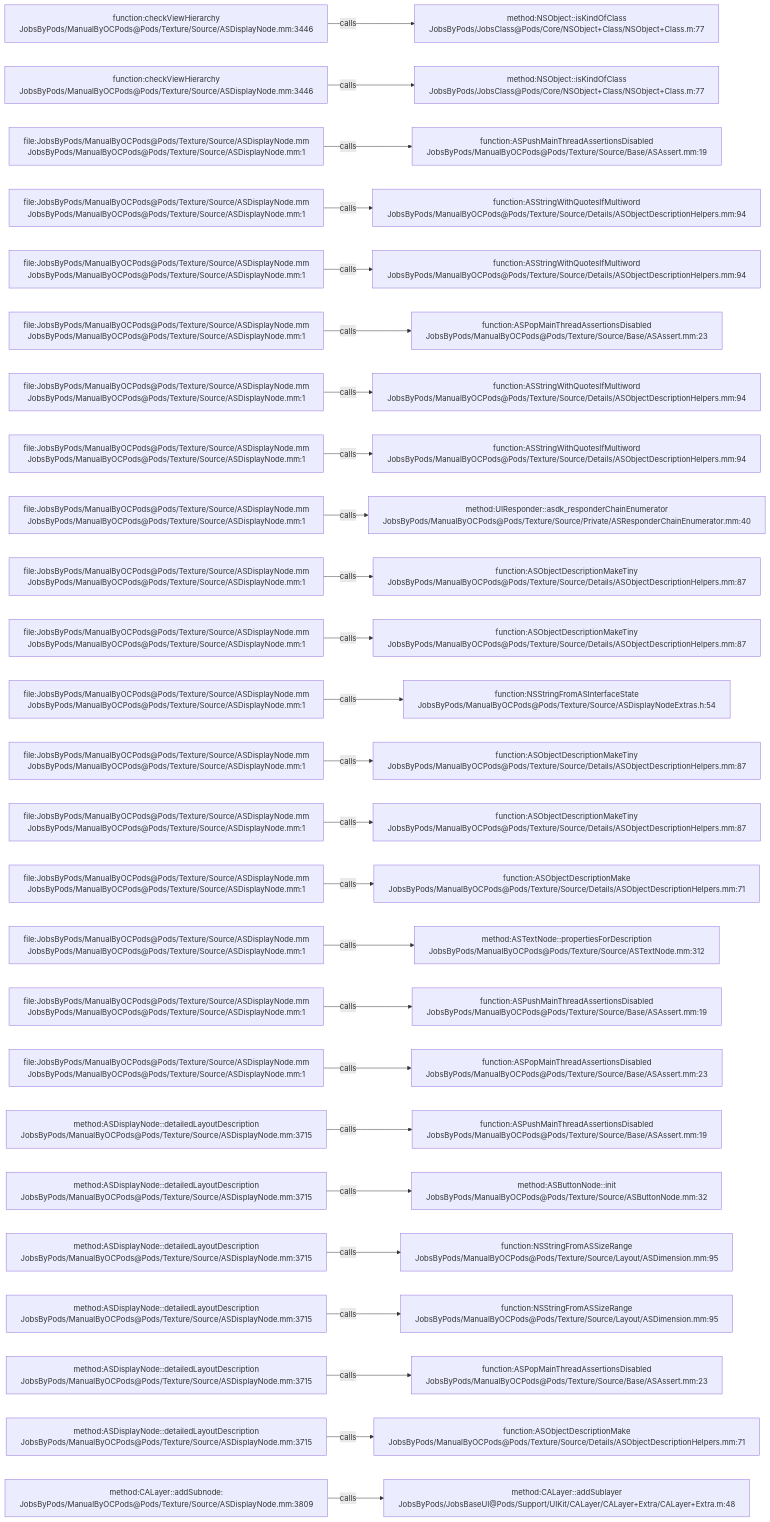
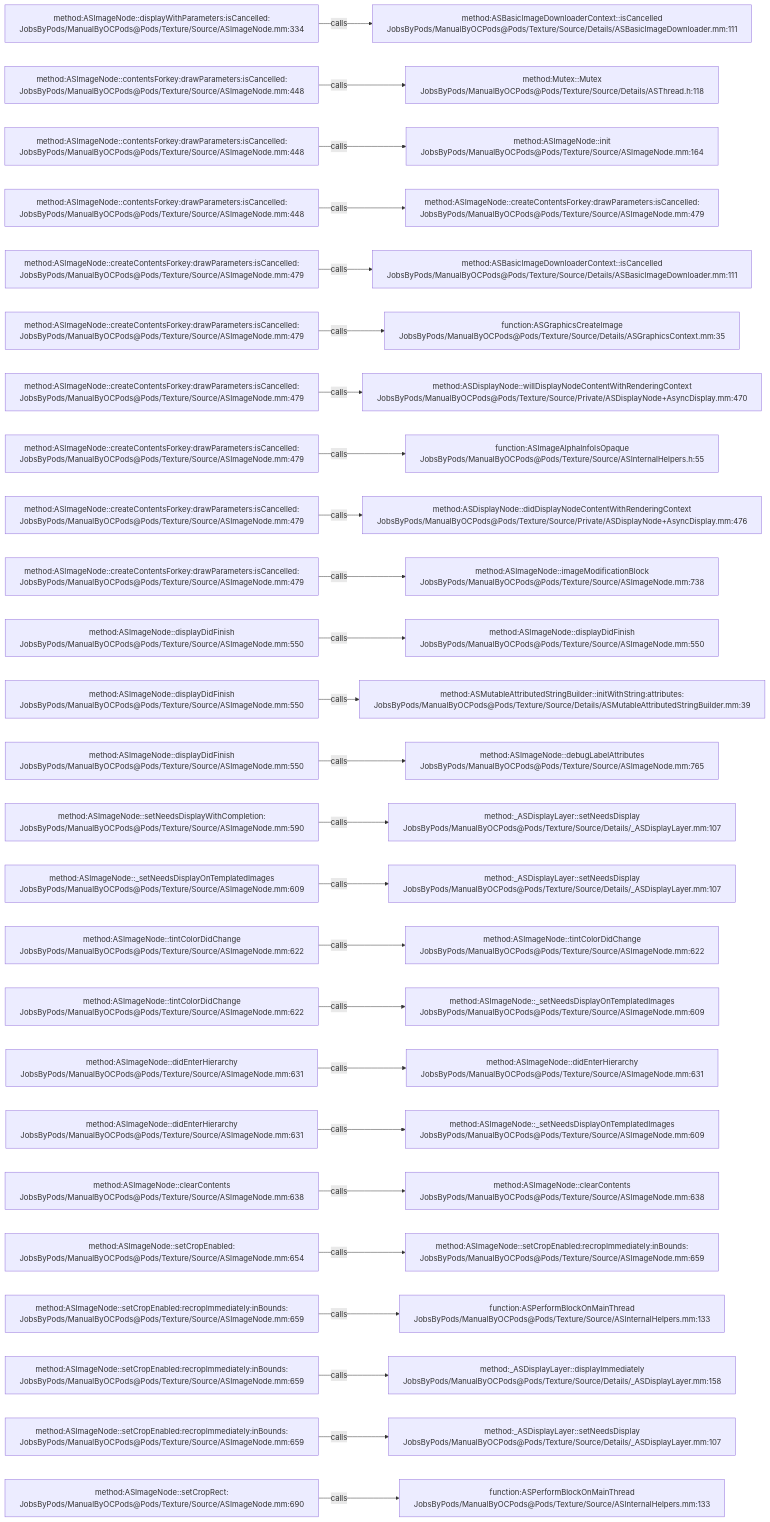
Before and after one commit to JobsKits/JobsOCBaseConfigDemo: the diagram in .codegraph/codegraph.md/graphs/calls-102.md, drawn with Mermaid. The commit also changed 1448 other files, not shown here.

````diff
--- a/.codegraph/codegraph.md/graphs/calls-102.md
+++ b/.codegraph/codegraph.md/graphs/calls-102.md
@@ -13,78 +13,78 @@
 ```mermaid
 flowchart LR
-  S1["function:checkViewHierarchy<br/>JobsByPods/ManualByOCPods@Pods/Texture/Source/ASDisplayNode.mm:3446"]
-  T1["method:NSObject::isKindOfClass<br/>JobsByPods/JobsClass@Pods/Core/NSObject+Class/NSObject+Class.m:77"]
+  S1["method:ASImageNode::displayWithParameters:isCancelled:<br/>JobsByPods/ManualByOCPods@Pods/Texture/Source/ASImageNode.mm:334"]
+  T1["method:ASBasicImageDownloaderContext::isCancelled<br/>JobsByPods/ManualByOCPods@Pods/Texture/Source/Details/ASBasicImageDownloader.mm:111"]
   S1 -->|calls| T1
-  S2["function:checkViewHierarchy<br/>JobsByPods/ManualByOCPods@Pods/Texture/Source/ASDisplayNode.mm:3446"]
-  T2["method:NSObject::isKindOfClass<br/>JobsByPods/JobsClass@Pods/Core/NSObject+Class/NSObject+Class.m:77"]
+  S2["method:ASImageNode::contentsForkey:drawParameters:isCancelled:<br/>JobsByPods/ManualByOCPods@Pods/Texture/Source/ASImageNode.mm:448"]
+  T2["method:Mutex::Mutex<br/>JobsByPods/ManualByOCPods@Pods/Texture/Source/Details/ASThread.h:118"]
   S2 -->|calls| T2
-  S3["file:JobsByPods/ManualByOCPods@Pods/Texture/Source/ASDisplayNode.mm<br/>JobsByPods/ManualByOCPods@Pods/Texture/Source/ASDisplayNode.mm:1"]
-  T3["function:ASPushMainThreadAssertionsDisabled<br/>JobsByPods/ManualByOCPods@Pods/Texture/Source/Base/ASAssert.mm:19"]
+  S3["method:ASImageNode::contentsForkey:drawParameters:isCancelled:<br/>JobsByPods/ManualByOCPods@Pods/Texture/Source/ASImageNode.mm:448"]
+  T3["method:ASImageNode::init<br/>JobsByPods/ManualByOCPods@Pods/Texture/Source/ASImageNode.mm:164"]
   S3 -->|calls| T3
-  S4["file:JobsByPods/ManualByOCPods@Pods/Texture/Source/ASDisplayNode.mm<br/>JobsByPods/ManualByOCPods@Pods/Texture/Source/ASDisplayNode.mm:1"]
-  T4["function:ASStringWithQuotesIfMultiword<br/>JobsByPods/ManualByOCPods@Pods/Texture/Source/Details/ASObjectDescriptionHelpers.mm:94"]
+  S4["method:ASImageNode::contentsForkey:drawParameters:isCancelled:<br/>JobsByPods/ManualByOCPods@Pods/Texture/Source/ASImageNode.mm:448"]
+  T4["method:ASImageNode::createContentsForkey:drawParameters:isCancelled:<br/>JobsByPods/ManualByOCPods@Pods/Texture/Source/ASImageNode.mm:479"]
   S4 -->|calls| T4
-  S5["file:JobsByPods/ManualByOCPods@Pods/Texture/Source/ASDisplayNode.mm<br/>JobsByPods/ManualByOCPods@Pods/Texture/Source/ASDisplayNode.mm:1"]
-  T5["function:ASStringWithQuotesIfMultiword<br/>JobsByPods/ManualByOCPods@Pods/Texture/Source/Details/ASObjectDescriptionHelpers.mm:94"]
+  S5["method:ASImageNode::createContentsForkey:drawParameters:isCancelled:<br/>JobsByPods/ManualByOCPods@Pods/Texture/Source/ASImageNode.mm:479"]
+  T5["method:ASBasicImageDownloaderContext::isCancelled<br/>JobsByPods/ManualByOCPods@Pods/Texture/Source/Details/ASBasicImageDownloader.mm:111"]
   S5 -->|calls| T5
-  S6["file:JobsByPods/ManualByOCPods@Pods/Texture/Source/ASDisplayNode.mm<br/>JobsByPods/ManualByOCPods@Pods/Texture/Source/ASDisplayNode.mm:1"]
-  T6["function:ASPopMainThreadAssertionsDisabled<br/>JobsByPods/ManualByOCPods@Pods/Texture/Source/Base/ASAssert.mm:23"]
+  S6["method:ASImageNode::createContentsForkey:drawParameters:isCancelled:<br/>JobsByPods/ManualByOCPods@Pods/Texture/Source/ASImageNode.mm:479"]
+  T6["function:ASGraphicsCreateImage<br/>JobsByPods/ManualByOCPods@Pods/Texture/Source/Details/ASGraphicsContext.mm:35"]
   S6 -->|calls| T6
-  S7["file:JobsByPods/ManualByOCPods@Pods/Texture/Source/ASDisplayNode.mm<br/>JobsByPods/ManualByOCPods@Pods/Texture/Source/ASDisplayNode.mm:1"]
-  T7["function:ASStringWithQuotesIfMultiword<br/>JobsByPods/ManualByOCPods@Pods/Texture/Source/Details/ASObjectDescriptionHelpers.mm:94"]
+  S7["method:ASImageNode::createContentsForkey:drawParameters:isCancelled:<br/>JobsByPods/ManualByOCPods@Pods/Texture/Source/ASImageNode.mm:479"]
+  T7["method:ASDisplayNode::willDisplayNodeContentWithRenderingContext<br/>JobsByPods/ManualByOCPods@Pods/Texture/Source/Private/ASDisplayNode+AsyncDisplay.mm:470"]
   S7 -->|calls| T7
-  S8["file:JobsByPods/ManualByOCPods@Pods/Texture/Source/ASDisplayNode.mm<br/>JobsByPods/ManualByOCPods@Pods/Texture/Source/ASDisplayNode.mm:1"]
-  T8["function:ASStringWithQuotesIfMultiword<br/>JobsByPods/ManualByOCPods@Pods/Texture/Source/Details/ASObjectDescriptionHelpers.mm:94"]
+  S8["method:ASImageNode::createContentsForkey:drawParameters:isCancelled:<br/>JobsByPods/ManualByOCPods@Pods/Texture/Source/ASImageNode.mm:479"]
+  T8["function:ASImageAlphaInfoIsOpaque<br/>JobsByPods/ManualByOCPods@Pods/Texture/Source/ASInternalHelpers.h:55"]
   S8 -->|calls| T8
-  S9["file:JobsByPods/ManualByOCPods@Pods/Texture/Source/ASDisplayNode.mm<br/>JobsByPods/ManualByOCPods@Pods/Texture/Source/ASDisplayNode.mm:1"]
-  T9["method:UIResponder::asdk_responderChainEnumerator<br/>JobsByPods/ManualByOCPods@Pods/Texture/Source/Private/ASResponderChainEnumerator.mm:40"]
+  S9["method:ASImageNode::createContentsForkey:drawParameters:isCancelled:<br/>JobsByPods/ManualByOCPods@Pods/Texture/Source/ASImageNode.mm:479"]
+  T9["method:ASDisplayNode::didDisplayNodeContentWithRenderingContext<br/>JobsByPods/ManualByOCPods@Pods/Texture/Source/Private/ASDisplayNode+AsyncDisplay.mm:476"]
   S9 -->|calls| T9
-  S10["file:JobsByPods/ManualByOCPods@Pods/Texture/Source/ASDisplayNode.mm<br/>JobsByPods/ManualByOCPods@Pods/Texture/Source/ASDisplayNode.mm:1"]
-  T10["function:ASObjectDescriptionMakeTiny<br/>JobsByPods/ManualByOCPods@Pods/Texture/Source/Details/ASObjectDescriptionHelpers.mm:87"]
+  S10["method:ASImageNode::createContentsForkey:drawParameters:isCancelled:<br/>JobsByPods/ManualByOCPods@Pods/Texture/Source/ASImageNode.mm:479"]
+  T10["method:ASImageNode::imageModificationBlock<br/>JobsByPods/ManualByOCPods@Pods/Texture/Source/ASImageNode.mm:738"]
   S10 -->|calls| T10
-  S11["file:JobsByPods/ManualByOCPods@Pods/Texture/Source/ASDisplayNode.mm<br/>JobsByPods/ManualByOCPods@Pods/Texture/Source/ASDisplayNode.mm:1"]
-  T11["function:ASObjectDescriptionMakeTiny<br/>JobsByPods/ManualByOCPods@Pods/Texture/Source/Details/ASObjectDescriptionHelpers.mm:87"]
+  S11["method:ASImageNode::displayDidFinish<br/>JobsByPods/ManualByOCPods@Pods/Texture/Source/ASImageNode.mm:550"]
+  T11["method:ASImageNode::displayDidFinish<br/>JobsByPods/ManualByOCPods@Pods/Texture/Source/ASImageNode.mm:550"]
   S11 -->|calls| T11
-  S12["file:JobsByPods/ManualByOCPods@Pods/Texture/Source/ASDisplayNode.mm<br/>JobsByPods/ManualByOCPods@Pods/Texture/Source/ASDisplayNode.mm:1"]
-  T12["function:NSStringFromASInterfaceState<br/>JobsByPods/ManualByOCPods@Pods/Texture/Source/ASDisplayNodeExtras.h:54"]
+  S12["method:ASImageNode::displayDidFinish<br/>JobsByPods/ManualByOCPods@Pods/Texture/Source/ASImageNode.mm:550"]
+  T12["method:ASMutableAttributedStringBuilder::initWithString:attributes:<br/>JobsByPods/ManualByOCPods@Pods/Texture/Source/Details/ASMutableAttributedStringBuilder.mm:39"]
   S12 -->|calls| T12
-  S13["file:JobsByPods/ManualByOCPods@Pods/Texture/Source/ASDisplayNode.mm<br/>JobsByPods/ManualByOCPods@Pods/Texture/Source/ASDisplayNode.mm:1"]
-  T13["function:ASObjectDescriptionMakeTiny<br/>JobsByPods/ManualByOCPods@Pods/Texture/Source/Details/ASObjectDescriptionHelpers.mm:87"]
+  S13["method:ASImageNode::displayDidFinish<br/>JobsByPods/ManualByOCPods@Pods/Texture/Source/ASImageNode.mm:550"]
+  T13["method:ASImageNode::debugLabelAttributes<br/>JobsByPods/ManualByOCPods@Pods/Texture/Source/ASImageNode.mm:765"]
   S13 -->|calls| T13
-  S14["file:JobsByPods/ManualByOCPods@Pods/Texture/Source/ASDisplayNode.mm<br/>JobsByPods/ManualByOCPods@Pods/Texture/Source/ASDisplayNode.mm:1"]
-  T14["function:ASObjectDescriptionMakeTiny<br/>JobsByPods/ManualByOCPods@Pods/Texture/Source/Details/ASObjectDescriptionHelpers.mm:87"]
+  S14["method:ASImageNode::setNeedsDisplayWithCompletion:<br/>JobsByPods/ManualByOCPods@Pods/Texture/Source/ASImageNode.mm:590"]
+  T14["method:_ASDisplayLayer::setNeedsDisplay<br/>JobsByPods/ManualByOCPods@Pods/Texture/Source/Details/_ASDisplayLayer.mm:107"]
   S14 -->|calls| T14
-  S15["file:JobsByPods/ManualByOCPods@Pods/Texture/Source/ASDisplayNode.mm<br/>JobsByPods/ManualByOCPods@Pods/Texture/Source/ASDisplayNode.mm:1"]
-  T15["function:ASObjectDescriptionMake<br/>JobsByPods/ManualByOCPods@Pods/Texture/Source/Details/ASObjectDescriptionHelpers.mm:71"]
+  S15["method:ASImageNode::_setNeedsDisplayOnTemplatedImages<br/>JobsByPods/ManualByOCPods@Pods/Texture/Source/ASImageNode.mm:609"]
+  T15["method:_ASDisplayLayer::setNeedsDisplay<br/>JobsByPods/ManualByOCPods@Pods/Texture/Source/Details/_ASDisplayLayer.mm:107"]
   S15 -->|calls| T15
-  S16["file:JobsByPods/ManualByOCPods@Pods/Texture/Source/ASDisplayNode.mm<br/>JobsByPods/ManualByOCPods@Pods/Texture/Source/ASDisplayNode.mm:1"]
-  T16["method:ASTextNode::propertiesForDescription<br/>JobsByPods/ManualByOCPods@Pods/Texture/Source/ASTextNode.mm:312"]
+  S16["method:ASImageNode::tintColorDidChange<br/>JobsByPods/ManualByOCPods@Pods/Texture/Source/ASImageNode.mm:622"]
+  T16["method:ASImageNode::tintColorDidChange<br/>JobsByPods/ManualByOCPods@Pods/Texture/Source/ASImageNode.mm:622"]
   S16 -->|calls| T16
-  S17["file:JobsByPods/ManualByOCPods@Pods/Texture/Source/ASDisplayNode.mm<br/>JobsByPods/ManualByOCPods@Pods/Texture/Source/ASDisplayNode.mm:1"]
-  T17["function:ASPushMainThreadAssertionsDisabled<br/>JobsByPods/ManualByOCPods@Pods/Texture/Source/Base/ASAssert.mm:19"]
+  S17["method:ASImageNode::tintColorDidChange<br/>JobsByPods/ManualByOCPods@Pods/Texture/Source/ASImageNode.mm:622"]
+  T17["method:ASImageNode::_setNeedsDisplayOnTemplatedImages<br/>JobsByPods/ManualByOCPods@Pods/Texture/Source/ASImageNode.mm:609"]
   S17 -->|calls| T17
-  S18["file:JobsByPods/ManualByOCPods@Pods/Texture/Source/ASDisplayNode.mm<br/>JobsByPods/ManualByOCPods@Pods/Texture/Source/ASDisplayNode.mm:1"]
-  T18["function:ASPopMainThreadAssertionsDisabled<br/>JobsByPods/ManualByOCPods@Pods/Texture/Source/Base/ASAssert.mm:23"]
+  S18["method:ASImageNode::didEnterHierarchy<br/>JobsByPods/ManualByOCPods@Pods/Texture/Source/ASImageNode.mm:631"]
+  T18["method:ASImageNode::didEnterHierarchy<br/>JobsByPods/ManualByOCPods@Pods/Texture/Source/ASImageNode.mm:631"]
   S18 -->|calls| T18
-  S19["method:ASDisplayNode::detailedLayoutDescription<br/>JobsByPods/ManualByOCPods@Pods/Texture/Source/ASDisplayNode.mm:3715"]
-  T19["function:ASPushMainThreadAssertionsDisabled<br/>JobsByPods/ManualByOCPods@Pods/Texture/Source/Base/ASAssert.mm:19"]
+  S19["method:ASImageNode::didEnterHierarchy<br/>JobsByPods/ManualByOCPods@Pods/Texture/Source/ASImageNode.mm:631"]
+  T19["method:ASImageNode::_setNeedsDisplayOnTemplatedImages<br/>JobsByPods/ManualByOCPods@Pods/Texture/Source/ASImageNode.mm:609"]
   S19 -->|calls| T19
-  S20["method:ASDisplayNode::detailedLayoutDescription<br/>JobsByPods/ManualByOCPods@Pods/Texture/Source/ASDisplayNode.mm:3715"]
-  T20["method:ASButtonNode::init<br/>JobsByPods/ManualByOCPods@Pods/Texture/Source/ASButtonNode.mm:32"]
+  S20["method:ASImageNode::clearContents<br/>JobsByPods/ManualByOCPods@Pods/Texture/Source/ASImageNode.mm:638"]
+  T20["method:ASImageNode::clearContents<br/>JobsByPods/ManualByOCPods@Pods/Texture/Source/ASImageNode.mm:638"]
   S20 -->|calls| T20
-  S21["method:ASDisplayNode::detailedLayoutDescription<br/>JobsByPods/ManualByOCPods@Pods/Texture/Source/ASDisplayNode.mm:3715"]
-  T21["function:NSStringFromASSizeRange<br/>JobsByPods/ManualByOCPods@Pods/Texture/Source/Layout/ASDimension.mm:95"]
+  S21["method:ASImageNode::setCropEnabled:<br/>JobsByPods/ManualByOCPods@Pods/Texture/Source/ASImageNode.mm:654"]
+  T21["method:ASImageNode::setCropEnabled:recropImmediately:inBounds:<br/>JobsByPods/ManualByOCPods@Pods/Texture/Source/ASImageNode.mm:659"]
   S21 -->|calls| T21
-  S22["method:ASDisplayNode::detailedLayoutDescription<br/>JobsByPods/ManualByOCPods@Pods/Texture/Source/ASDisplayNode.mm:3715"]
-  T22["function:NSStringFromASSizeRange<br/>JobsByPods/ManualByOCPods@Pods/Texture/Source/Layout/ASDimension.mm:95"]
+  S22["method:ASImageNode::setCropEnabled:recropImmediately:inBounds:<br/>JobsByPods/ManualByOCPods@Pods/Texture/Source/ASImageNode.mm:659"]
+  T22["function:ASPerformBlockOnMainThread<br/>JobsByPods/ManualByOCPods@Pods/Texture/Source/ASInternalHelpers.mm:133"]
   S22 -->|calls| T22
-  S23["method:ASDisplayNode::detailedLayoutDescription<br/>JobsByPods/ManualByOCPods@Pods/Texture/Source/ASDisplayNode.mm:3715"]
-  T23["function:ASPopMainThreadAssertionsDisabled<br/>JobsByPods/ManualByOCPods@Pods/Texture/Source/Base/ASAssert.mm:23"]
+  S23["method:ASImageNode::setCropEnabled:recropImmediately:inBounds:<br/>JobsByPods/ManualByOCPods@Pods/Texture/Source/ASImageNode.mm:659"]
+  T23["method:_ASDisplayLayer::displayImmediately<br/>JobsByPods/ManualByOCPods@Pods/Texture/Source/Details/_ASDisplayLayer.mm:158"]
   S23 -->|calls| T23
-  S24["method:ASDisplayNode::detailedLayoutDescription<br/>JobsByPods/ManualByOCPods@Pods/Texture/Source/ASDisplayNode.mm:3715"]
-  T24["function:ASObjectDescriptionMake<br/>JobsByPods/ManualByOCPods@Pods/Texture/Source/Details/ASObjectDescriptionHelpers.mm:71"]
+  S24["method:ASImageNode::setCropEnabled:recropImmediately:inBounds:<br/>JobsByPods/ManualByOCPods@Pods/Texture/Source/ASImageNode.mm:659"]
+  T24["method:_ASDisplayLayer::setNeedsDisplay<br/>JobsByPods/ManualByOCPods@Pods/Texture/Source/Details/_ASDisplayLayer.mm:107"]
   S24 -->|calls| T24
-  S25["method:CALayer::addSubnode:<br/>JobsByPods/ManualByOCPods@Pods/Texture/Source/ASDisplayNode.mm:3809"]
-  T25["method:CALayer::addSublayer<br/>JobsByPods/JobsBaseUI@Pods/Support/UIKit/CALayer/CALayer+Extra/CALayer+Extra.m:48"]
+  S25["method:ASImageNode::setCropRect:<br/>JobsByPods/ManualByOCPods@Pods/Texture/Source/ASImageNode.mm:690"]
+  T25["function:ASPerformBlockOnMainThread<br/>JobsByPods/ManualByOCPods@Pods/Texture/Source/ASInternalHelpers.mm:133"]
   S25 -->|calls| T25
 ```
````
